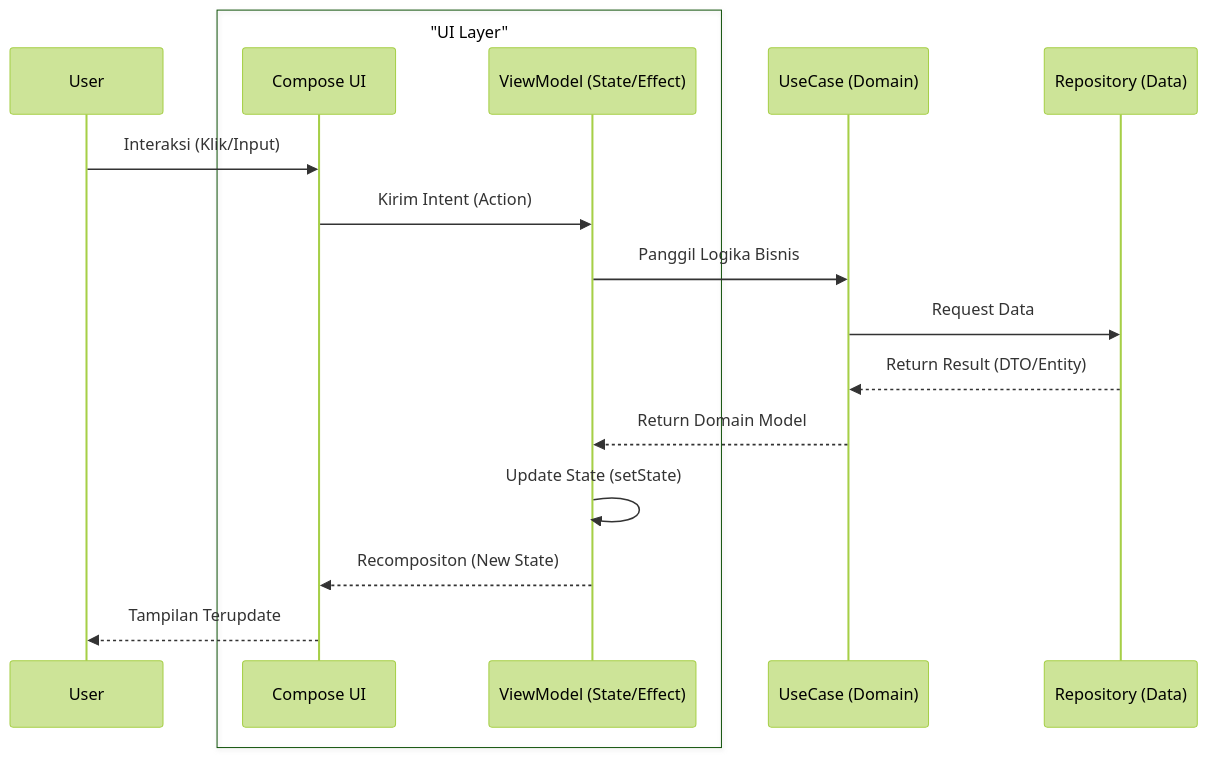
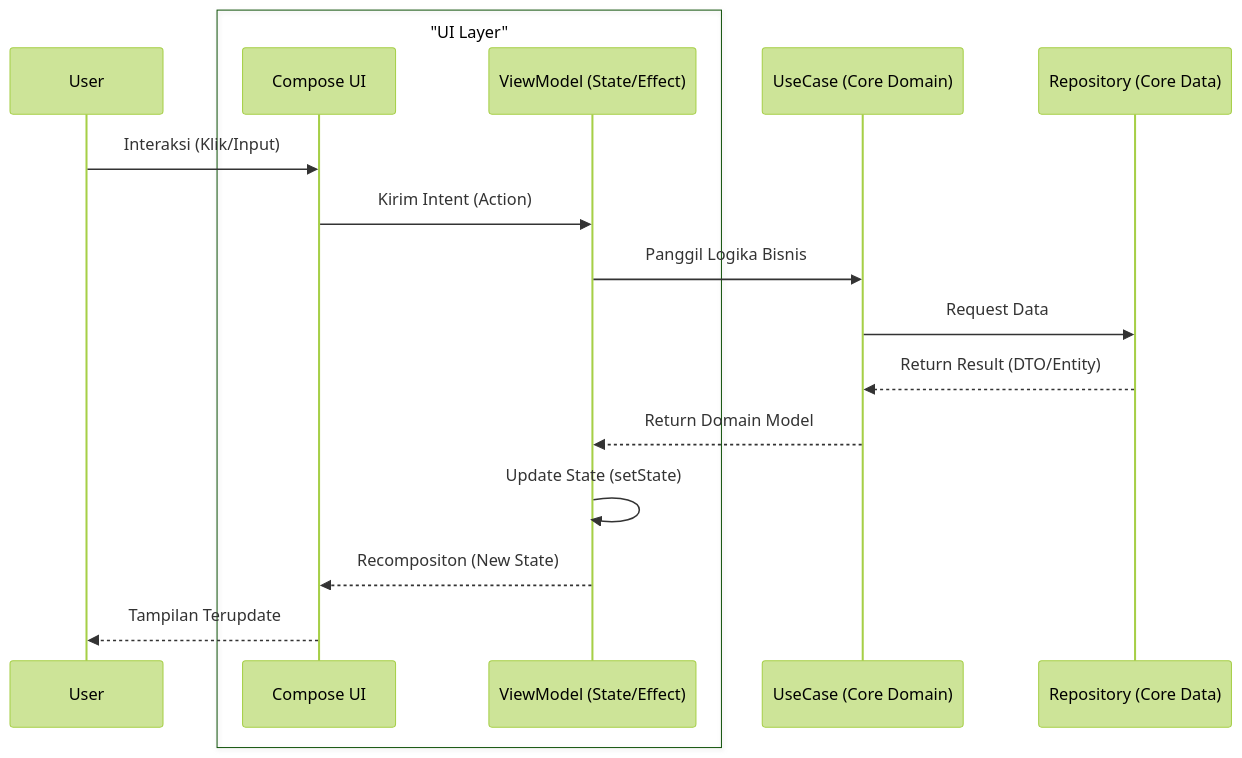
The second of 2 diagrams in README.md (muharifandi/compose-mvi), drawn with Mermaid (forest theme) before and after one commit. The commit also changed other lines of this file and 277 other files, not shown here.

Commit message:
Complete NiA Refactor: Added :core:model, :core:domain, :core:data. Fixed UI modifiers and strings.

````diff
--- a/README.md
+++ b/README.md
@@ -86,20 +89,20 @@
 ```mermaid
 sequenceDiagram
     participant User
     box "UI Layer"
         participant UI as Compose UI
         participant VM as ViewModel (State/Effect)
     end
-    participant UC as UseCase (Domain)
-    participant Repo as Repository (Data)
+    participant UC as UseCase (Core Domain)
+    participant Repo as Repository (Core Data)
 
     User->>UI: Interaksi (Klik/Input)
     UI->>VM: Kirim Intent (Action)
     VM->>UC: Panggil Logika Bisnis
     UC->>Repo: Request Data
     Repo-->>UC: Return Result (DTO/Entity)
     UC-->>VM: Return Domain Model
     VM->>VM: Update State (setState)
     VM-->>UI: Recompositon (New State)
     UI-->>User: Tampilan Terupdate
 ```
````
